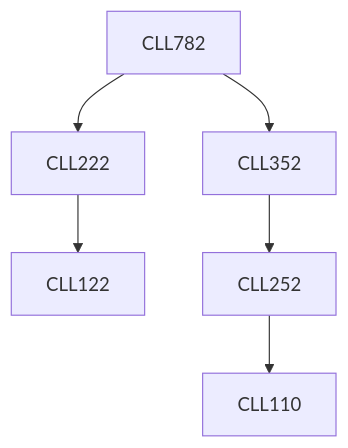
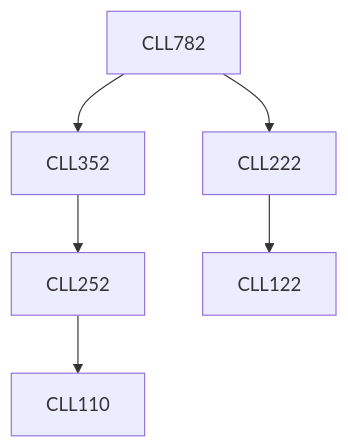
The diagram in content/Chemical Engineering/CLL782.md (KeshavBansal0122/CoS_Website), drawn with Mermaid before and after one commit. The commit also changed other lines of this file and 2667 other files, not shown here.

````diff
--- a/content/Chemical Engineering/CLL782.md
+++ b/content/Chemical Engineering/CLL782.md
@@ -17,8 +15,12 @@
 ```mermaid
-graph TD
-CLL782 --> CLL222
-CLL222 --> CLL122
-CLL782 --> CLL352
-CLL352 --> CLL252
-CLL252 --> CLL110
+flowchart TD
+CLL782-159[CLL782]
+CLL352-159 --> CLL252-159[CLL252]
+CLL782-159 --> CLL352-159[CLL352]
+CLL252-159 --> CLL110-159[CLL110]
+CLL782-159 --> CLL222-159[CLL222]
+CLL222-159 --> CLL122-159[CLL122]
+
+classDef empty height:17px, fill:transparent, stroke:transparent;
+classDef trueEmpty height:0px, width:0px;
 ```
````
